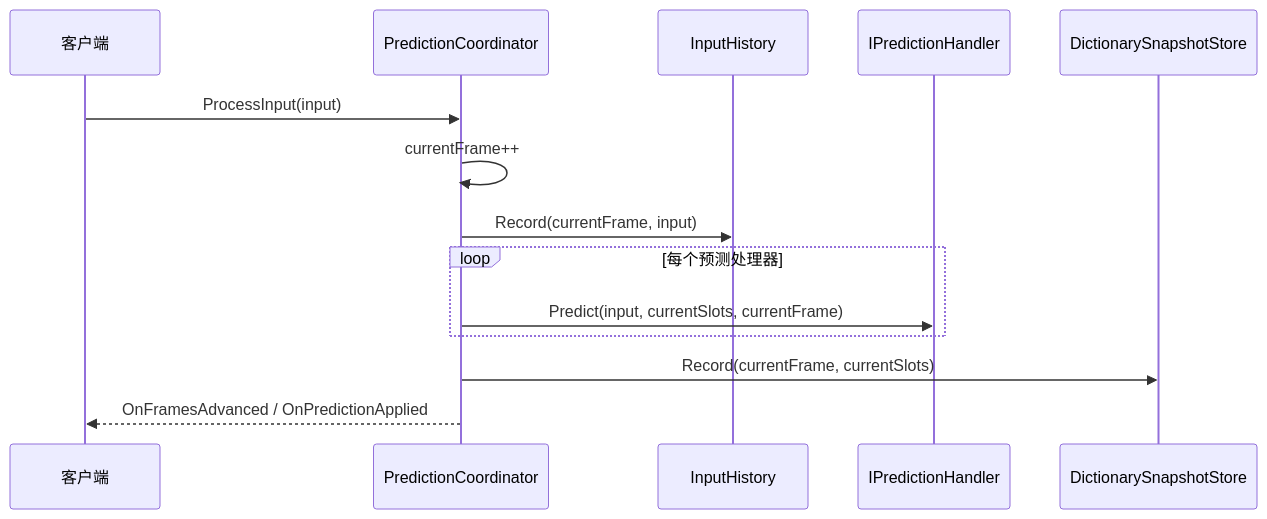
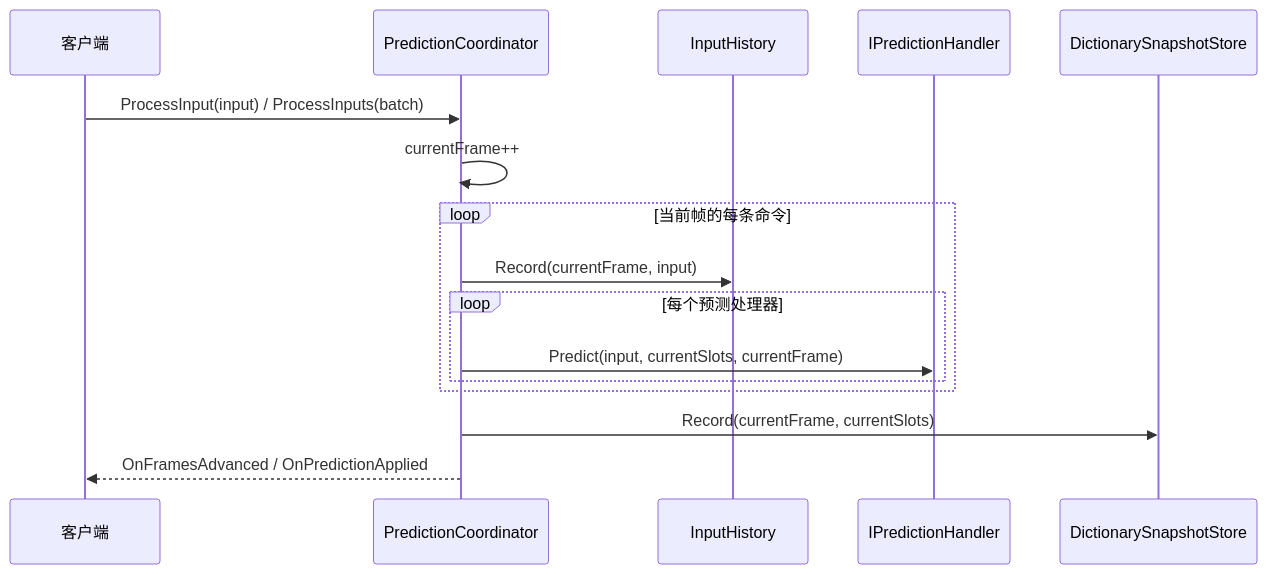
One commit to HOBOBO/AbilityKit changed the third of 8 diagrams in Docs/design/07-NetworkSynchronization/02-StateSync.md. Above: the diagram before and after it, drawn with Mermaid. The commit also changed other lines of this file and 525 other files, not shown here.

````diff
--- a/Docs/design/07-NetworkSynchronization/02-StateSync.md
+++ b/Docs/design/07-NetworkSynchronization/02-StateSync.md
@@ -197,17 +198,19 @@
 ```mermaid
 sequenceDiagram
     participant Client as 客户端
     participant Coord as PredictionCoordinator
     participant History as InputHistory
     participant Handler as IPredictionHandler
     participant Store as DictionarySnapshotStore
 
-    Client->>Coord: ProcessInput(input)
+    Client->>Coord: ProcessInput(input) / ProcessInputs(batch)
     Coord->>Coord: currentFrame++
-    Coord->>History: Record(currentFrame, input)
-    loop 每个预测处理器
-        Coord->>Handler: Predict(input, currentSlots, currentFrame)
+    loop 当前帧的每条命令
+        Coord->>History: Record(currentFrame, input)
+        loop 每个预测处理器
+            Coord->>Handler: Predict(input, currentSlots, currentFrame)
+        end
     end
     Coord->>Store: Record(currentFrame, currentSlots)
     Coord-->>Client: OnFramesAdvanced / OnPredictionApplied
 ```
````
